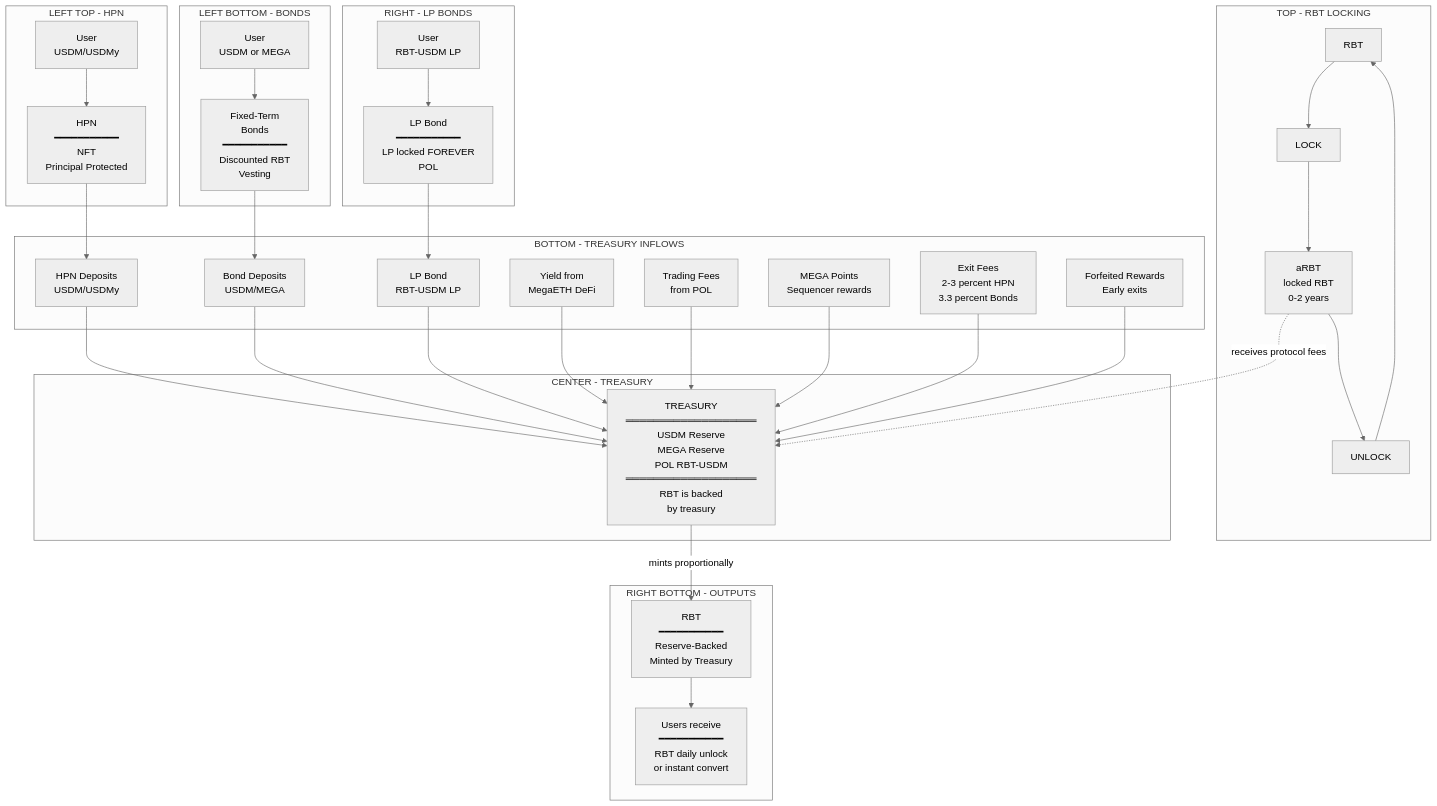
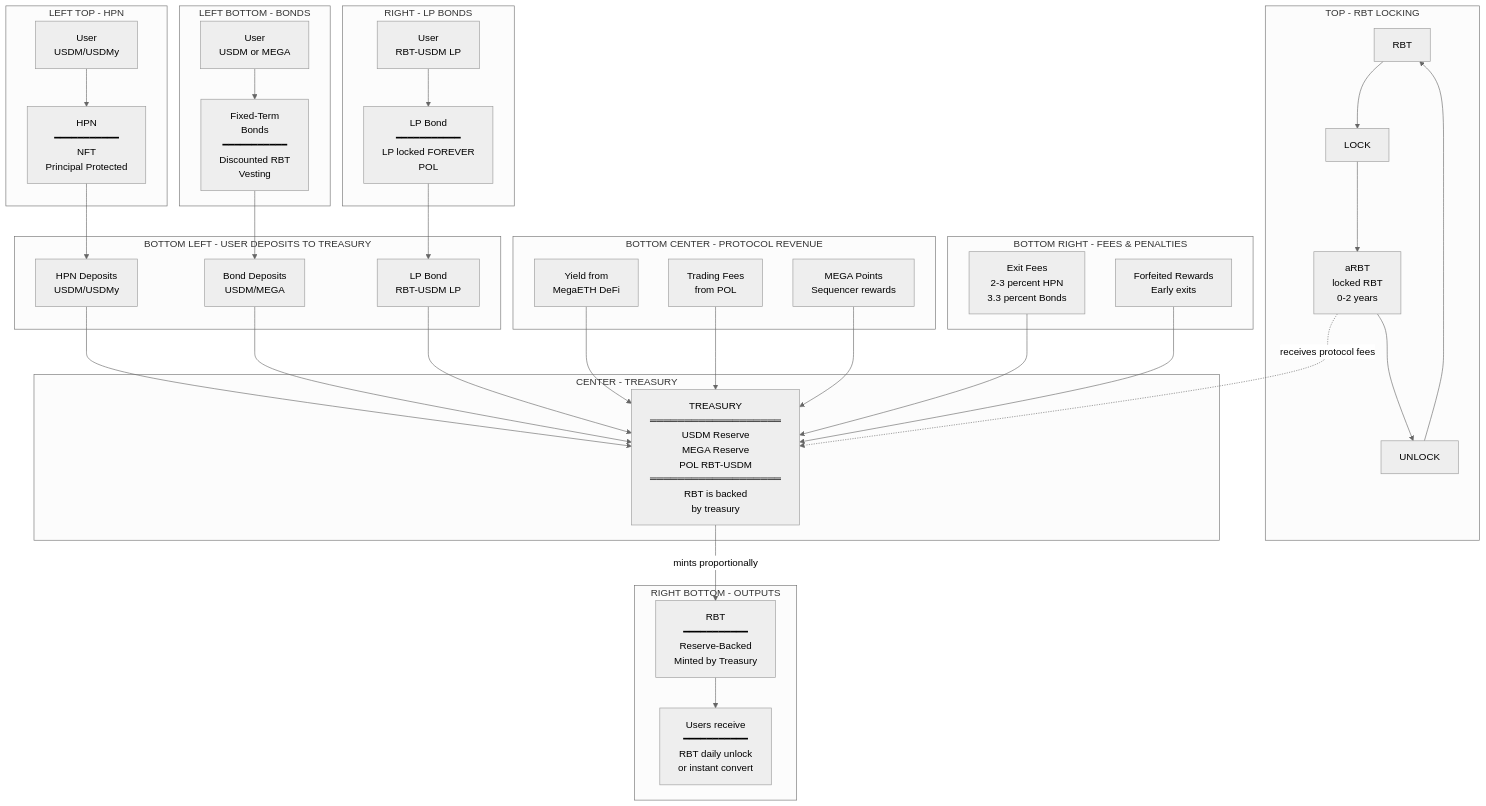
Before and after one commit to 0xJaehaerys/ohmega: the diagram in blackhaven-complete-system.md, drawn with Mermaid (neutral theme).

Commit message:
Separate treasury inflows: user deposits vs protocol revenue vs fees/penalties

```diff
--- a/blackhaven-complete-system.md
+++ b/blackhaven-complete-system.md
@@ -43,14 +43,19 @@
         USER_LP --> LP_BONDS
     end
     
-    subgraph "BOTTOM - TREASURY INFLOWS"
+    subgraph "BOTTOM LEFT - USER DEPOSITS TO TREASURY"
         HPN_DEPOSIT[HPN Deposits<br/>USDM/USDMy]
         BOND_DEPOSIT[Bond Deposits<br/>USDM/MEGA]
         LP_DEPOSIT[LP Bond<br/>RBT-USDM LP]
-        
+    end
+    
+    subgraph "BOTTOM CENTER - PROTOCOL REVENUE"
         YIELD_INCOME[Yield from<br/>MegaETH DeFi]
         POL_FEES[Trading Fees<br/>from POL]
         MEGA_REWARDS[MEGA Points<br/>Sequencer rewards]
+    end
+    
+    subgraph "BOTTOM RIGHT - FEES & PENALTIES"
         EXIT_FEES[Exit Fees<br/>2-3 percent HPN<br/>3.3 percent Bonds]
         FORFEIT[Forfeited Rewards<br/>Early exits]
     end
```
